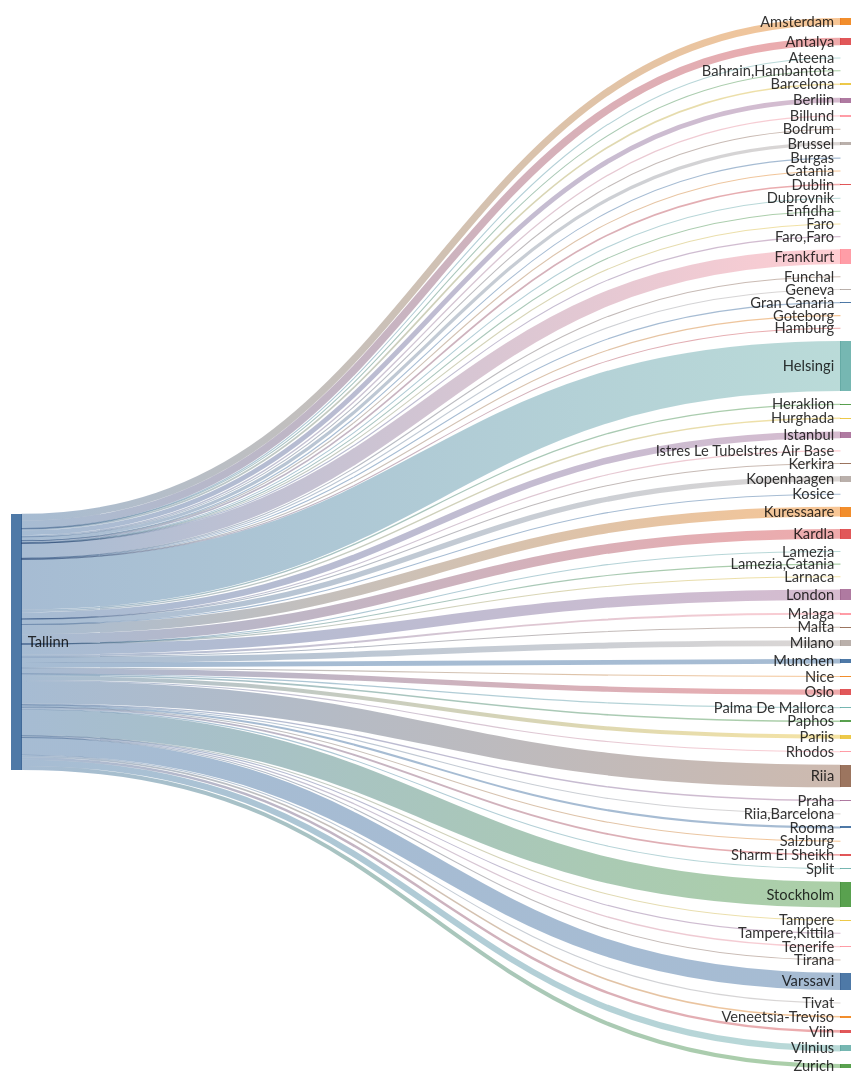
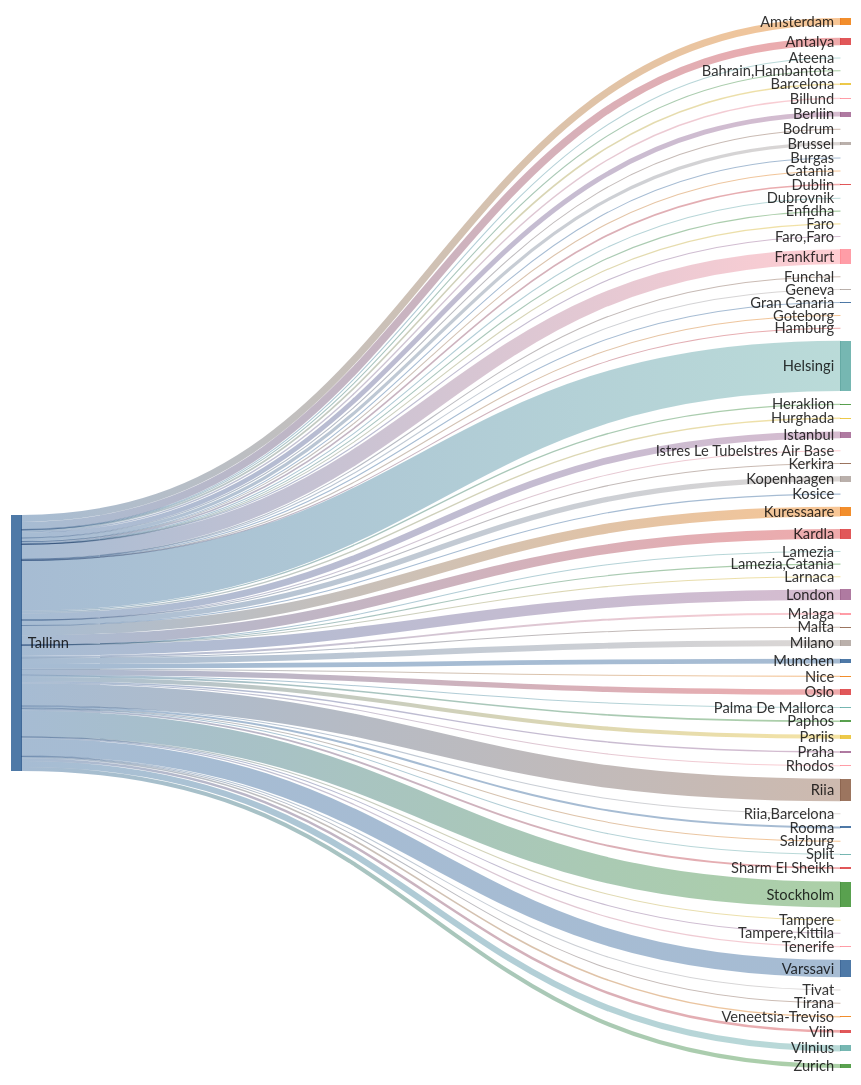
The second of 2 diagrams in README.md (rainermesi/tll-airport-departures), drawn with Mermaid before and after one commit. The commit also changed other lines of this file, not shown here.

````diff
--- a/README.md
+++ b/README.md
@@ -34,77 +34,77 @@
 ```mermaid
 ---
 config:
   sankey:
     showValues: false
     width: 800
     height: 1000
 ---
 sankey-beta
 %% source,target,value
-Tallinn,Amsterdam,249
-Tallinn,Antalya,268
+Tallinn,Amsterdam,251
+Tallinn,Antalya,269
 Tallinn,Ateena,16
 Tallinn,"Bahrain,Hambantota",1
 Tallinn,Barcelona,59
-Tallinn,Berliin,173
+Tallinn,Berliin,174
 Tallinn,Billund,49
 Tallinn,Bodrum,11
 Tallinn,Brussel,114
 Tallinn,Burgas,21
 Tallinn,Catania,2
 Tallinn,Dublin,58
 Tallinn,Dubrovnik,21
 Tallinn,Enfidha,7
 Tallinn,Faro,4
 Tallinn,"Faro,Faro",1
-Tallinn,Frankfurt,528
+Tallinn,Frankfurt,531
 Tallinn,Funchal,5
 Tallinn,Geneva,8
 Tallinn,Gran Canaria,29
 Tallinn,Goteborg,1
 Tallinn,Hamburg,1
-Tallinn,Helsingi,1791
+Tallinn,Helsingi,1800
 Tallinn,Heraklion,46
-Tallinn,Hurghada,49
-Tallinn,Istanbul,237
+Tallinn,Hurghada,50
+Tallinn,Istanbul,238
 Tallinn,Istres Le TubeIstres Air Base,2
 Tallinn,Kerkira,4
-Tallinn,Kopenhaagen,191
+Tallinn,Kopenhaagen,192
 Tallinn,Kosice,1
-Tallinn,Kuressaare,347
-Tallinn,Kardla,347
+Tallinn,Kuressaare,349
+Tallinn,Kardla,349
 Tallinn,Lamezia,1
 Tallinn,"Lamezia,Catania",3
 Tallinn,Larnaca,4
-Tallinn,London,373
-Tallinn,Malaga,70
+Tallinn,London,375
+Tallinn,Malaga,71
 Tallinn,Malta,15
-Tallinn,Milano,213
+Tallinn,Milano,214
 Tallinn,Munchen,170
 Tallinn,Nice,25
-Tallinn,Oslo,192
+Tallinn,Oslo,193
 Tallinn,Palma De Mallorca,19
-Tallinn,Paphos,56
-Tallinn,Pariis,144
+Tallinn,Paphos,57
+Tallinn,Pariis,145
 Tallinn,Praha,49
 Tallinn,Rhodos,32
-Tallinn,Riia,801
+Tallinn,Riia,805
 Tallinn,"Riia,Barcelona",1
 Tallinn,Rooma,71
 Tallinn,Salzburg,9
-Tallinn,Sharm El Sheikh,65
+Tallinn,Sharm El Sheikh,66
 Tallinn,Split,25
-Tallinn,Stockholm,919
+Tallinn,Stockholm,923
 Tallinn,Tampere,17
 Tallinn,"Tampere,Kittila",12
-Tallinn,Tenerife,44
+Tallinn,Tenerife,45
 Tallinn,Tirana,8
 Tallinn,Tivat,26
-Tallinn,Varssavi,616
-Tallinn,Veneetsia-Treviso,57
-Tallinn,Viin,91
-Tallinn,Vilnius,219
-Tallinn,Zurich,144
+Tallinn,Varssavi,619
+Tallinn,Veneetsia-Treviso,58
+Tallinn,Viin,92
+Tallinn,Vilnius,220
+Tallinn,Zurich,145
 
 
 ```
````
